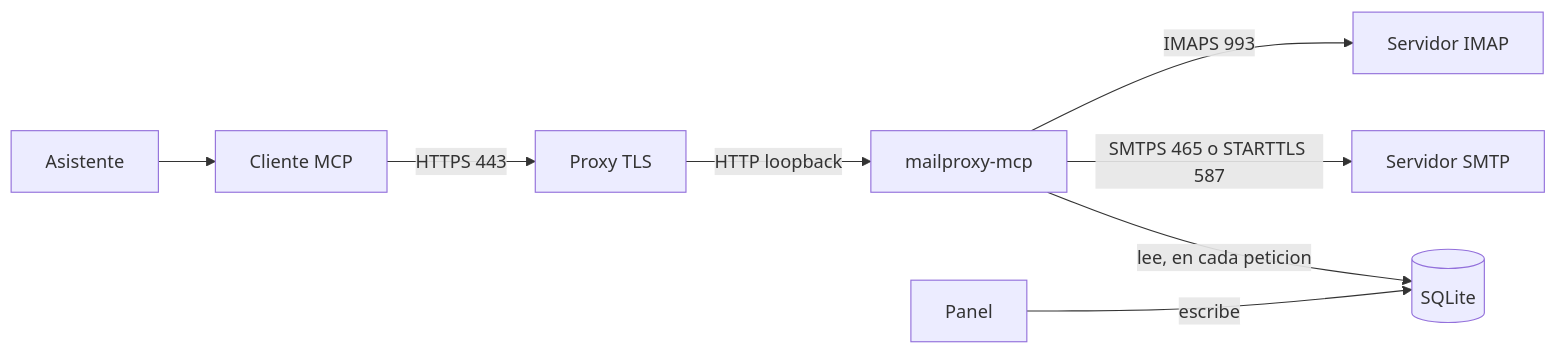
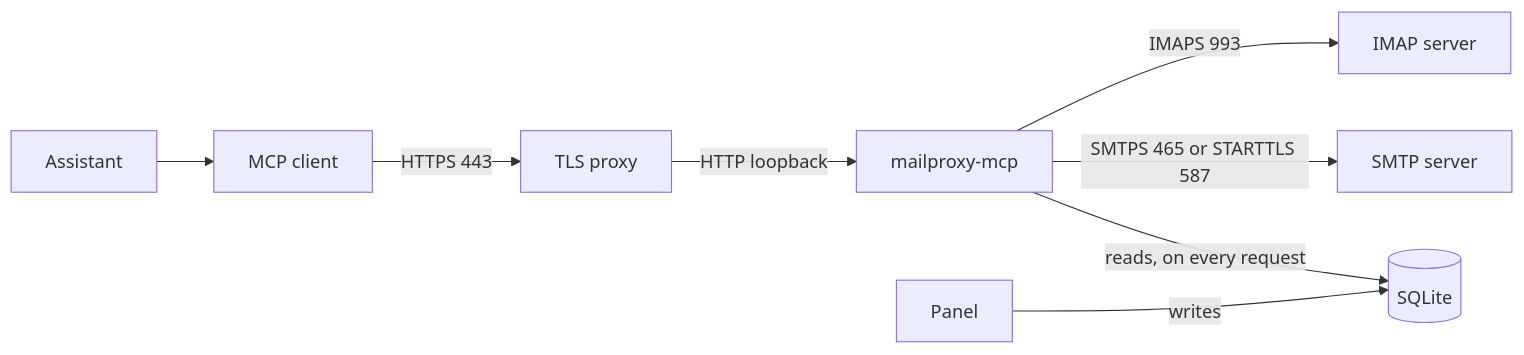
One commit to davidneyra2804/mailproxy-mcp changed the diagram in README.md. Above: the diagram before and after it, drawn with Mermaid. The commit also changed other lines of this file and 45 other files, not shown here.

````diff
--- a/README.md
+++ b/README.md
@@ -354,19 +330,19 @@
 ```mermaid
 flowchart LR
-  asistente[Asistente]
-  cliente[Cliente MCP]
-  proxy[Proxy TLS]
+  assistant[Assistant]
+  client[MCP client]
+  proxy[TLS proxy]
   mcp[mailproxy-mcp]
   panel[Panel]
   sqlite[(SQLite)]
-  imap[Servidor IMAP]
-  smtp[Servidor SMTP]
+  imap[IMAP server]
+  smtp[SMTP server]
 
-  asistente --> cliente
-  cliente -->|"HTTPS 443"| proxy
+  assistant --> client
+  client -->|"HTTPS 443"| proxy
   proxy -->|"HTTP loopback"| mcp
   mcp -->|"IMAPS 993"| imap
-  mcp -->|"SMTPS 465 o STARTTLS 587"| smtp
-  panel -->|"escribe"| sqlite
-  mcp -->|"lee, en cada peticion"| sqlite
+  mcp -->|"SMTPS 465 or STARTTLS 587"| smtp
+  panel -->|"writes"| sqlite
+  mcp -->|"reads, on every request"| sqlite
 ```
````
